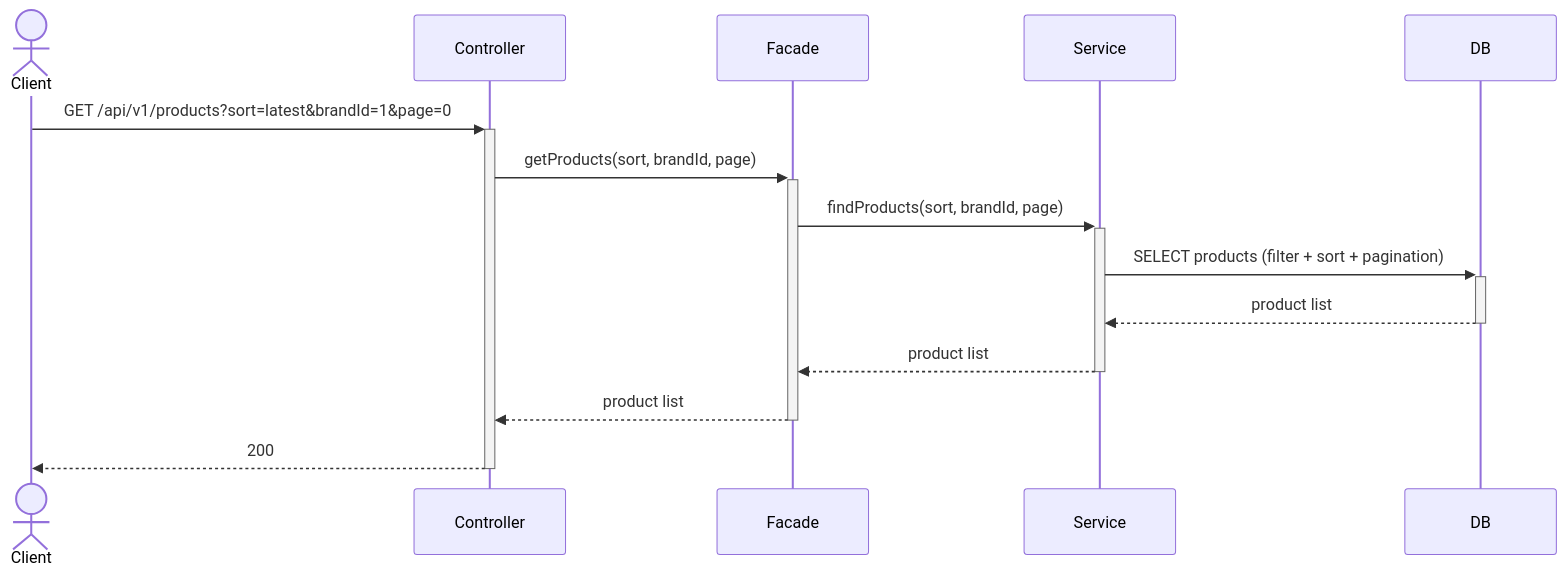
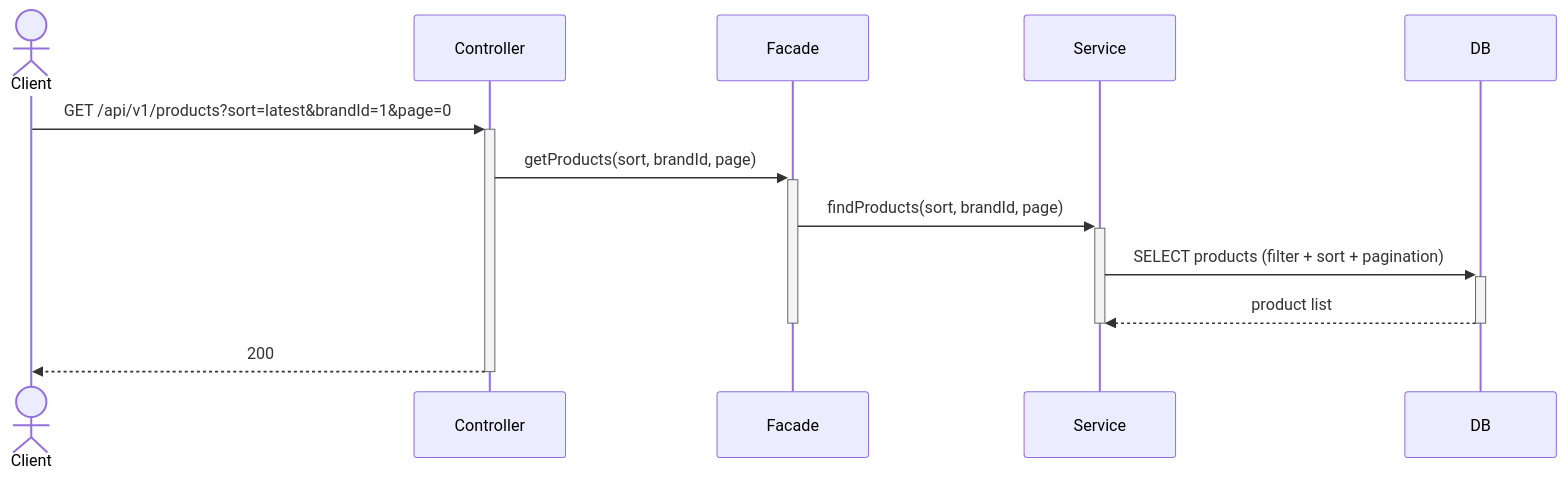
The first of 21 diagrams in .docs/design/02-sequence-diagrams.md (loopers-labs/loop-pack-be-l2-vol4-java), drawn with Mermaid before and after one commit. The commit also changed other lines of this file and 2 other files, not shown here.

Commit message:
docs: 시퀀스 다이어그램 activation bar 추가 및 설계 보완

````diff
--- a/.docs/design/02-sequence-diagrams.md
+++ b/.docs/design/02-sequence-diagrams.md
@@ -9,17 +9,17 @@
 ```mermaid
 sequenceDiagram
     actor Client
     participant Controller
     participant Facade
     participant Service
     participant DB
 
     Client->>+Controller: GET /api/v1/products?sort=latest&brandId=1&page=0
     Controller->>+Facade: getProducts(sort, brandId, page)
     Facade->>+Service: findProducts(sort, brandId, page)
     Service->>+DB: SELECT products (filter + sort + pagination)
     DB-->>-Service: product list
-    Service-->>-Facade: product list
-    Facade-->>-Controller: product list
+    deactivate Service
+    deactivate Facade
     Controller-->>-Client: 200
 ```
````
